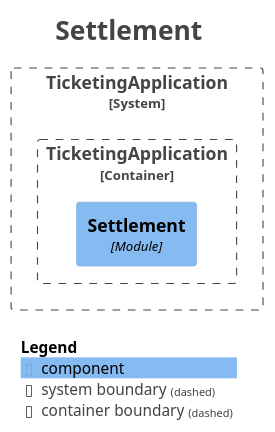
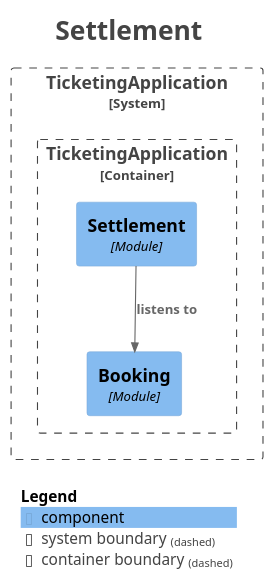
The diagram in docs/modulith/module-settlement.puml (jkonury/ticketing), drawn with PlantUML before and after one commit. The commit also changed 11 other files, not shown here.

```diff
--- a/docs/modulith/module-settlement.puml
+++ b/docs/modulith/module-settlement.puml
@@ -1,27 +1,30 @@
 @startuml
 title <size:24>Settlement</size>
 
 set separator none
 top to bottom direction
 
 <style>
   root {
     BackgroundColor: #ffffff
     FontColor: #444444
   }
 </style>
 
 !include <C4/C4>
 !include <C4/C4_Context>
 !include <C4/C4_Component>
 
 System_Boundary("TicketingApplication_boundary", "TicketingApplication", $tags="") {
   Container_Boundary("TicketingApplication.TicketingApplication_boundary", "TicketingApplication", $tags="") {
+    Component(TicketingApplication.TicketingApplication.Booking, "Booking", $techn="Module", $descr="", $tags="", $link="")
     Component(TicketingApplication.TicketingApplication.Settlement, "Settlement", $techn="Module", $descr="", $tags="", $link="")
   }
 
 }
 
+Rel(TicketingApplication.TicketingApplication.Settlement, TicketingApplication.TicketingApplication.Booking, "listens to", $techn="", $tags="", $link="")
+
 SHOW_LEGEND(true)
 hide stereotypes
 @enduml
```
